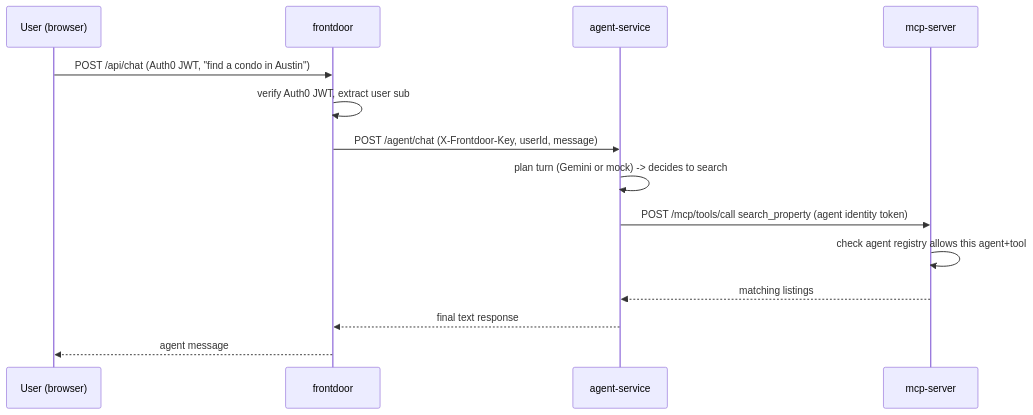
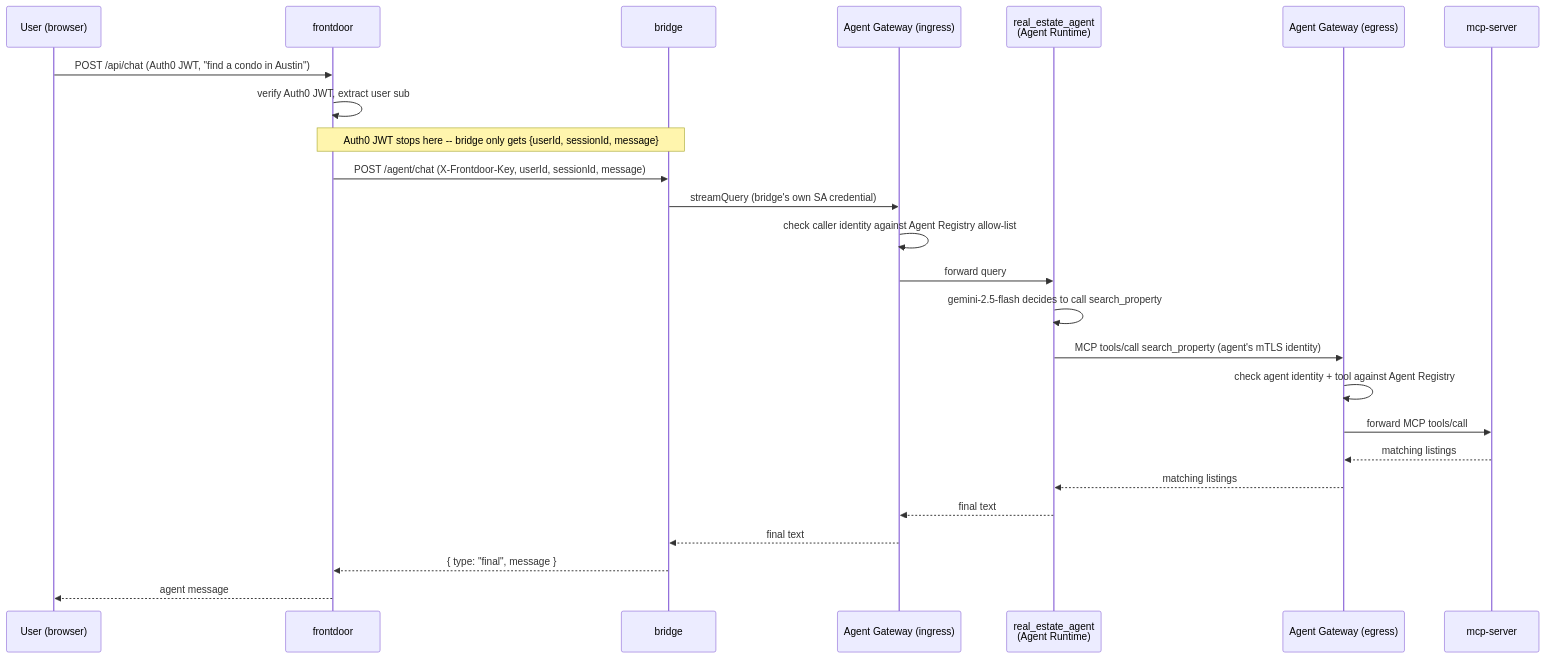
The second of 4 diagrams in gemini-agent-poc/docs/architecture.md (c2pig/cross-cloud-agent-identity), drawn with Mermaid before and after one commit. The commit also changed other lines of this file and 26 other files, not shown here.

First line of the commit message:
Migrate gemini-agent-poc to real Gemini Enterprise Agent Platform primitives

````diff
--- a/gemini-agent-poc/docs/architecture.md
+++ b/gemini-agent-poc/docs/architecture.md
@@ -33,17 +93,28 @@
 ```mermaid
 sequenceDiagram
     participant U as User (browser)
     participant F as frontdoor
-    participant A as agent-service
+    participant B as bridge
+    participant GWI as Agent Gateway (ingress)
+    participant A as real_estate_agent<br/>(Agent Runtime)
+    participant GWE as Agent Gateway (egress)
     participant M as mcp-server
 
     U->>F: POST /api/chat (Auth0 JWT, "find a condo in Austin")
     F->>F: verify Auth0 JWT, extract user sub
-    F->>A: POST /agent/chat (X-Frontdoor-Key, userId, message)
-    A->>A: plan turn (Gemini or mock) -> decides to search
-    A->>M: POST /mcp/tools/call search_property (agent identity token)
-    M->>M: check agent registry allows this agent+tool
-    M-->>A: matching listings
-    A-->>F: final text response
+    Note over F,B: Auth0 JWT stops here -- bridge only gets {userId, sessionId, message}
+    F->>B: POST /agent/chat (X-Frontdoor-Key, userId, sessionId, message)
+    B->>GWI: streamQuery (bridge's own SA credential)
+    GWI->>GWI: check caller identity against Agent Registry allow-list
+    GWI->>A: forward query
+    A->>A: gemini-2.5-flash decides to call search_property
+    A->>GWE: MCP tools/call search_property (agent's mTLS identity)
+    GWE->>GWE: check agent identity + tool against Agent Registry
+    GWE->>M: forward MCP tools/call
+    M-->>GWE: matching listings
+    GWE-->>A: matching listings
+    A-->>GWI: final text
+    GWI-->>B: final text
+    B-->>F: { type: "final", message }
     F-->>U: agent message
 ```
````
